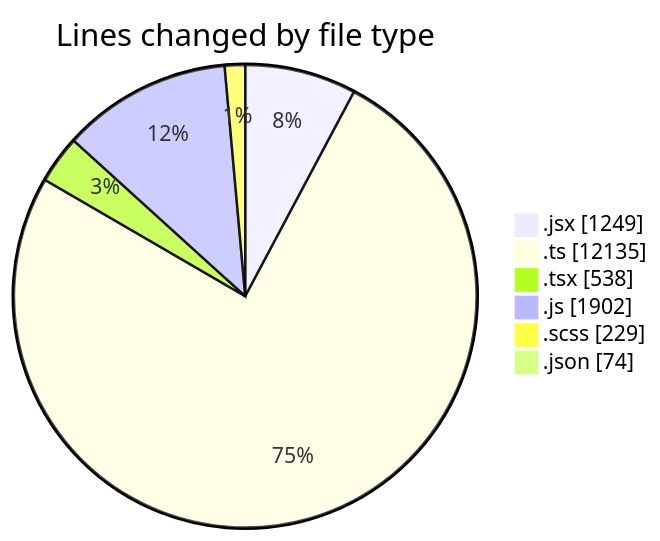
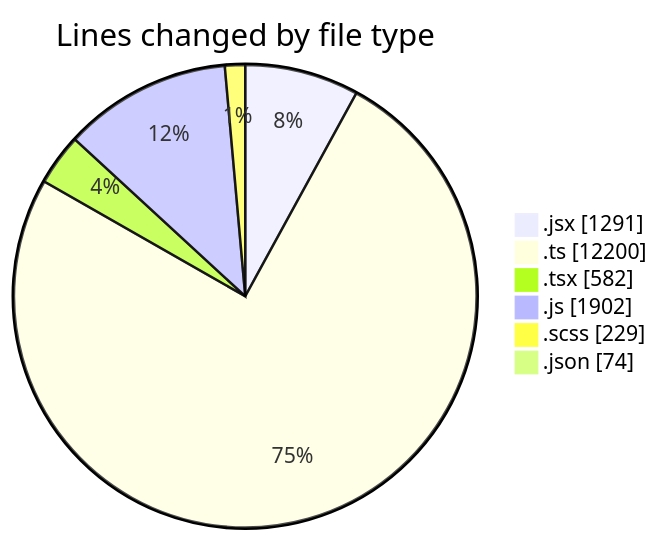
One commit to momahboobian/code-tracking changed the first of 2 diagrams in 2025-06-05/cda/README.md. Above: the diagram before and after it, drawn with Mermaid. The commit also changed other lines of this file and 1 other file, not shown here.

Commit message:
type(cda): updated lines added, lines removed, net change, and active time for "SkillTagModal.jsx", "SubSkillOverview.jsx", "profile-hub.ts", and "PreferenceSkillTags.tsx". also updated "mutations.js" and "SkillTopic.jsx". Modified files: 2025-06-05/activity.json, 2025-06-05/cda/README.md

````diff
--- a/2025-06-05/cda/README.md
+++ b/2025-06-05/cda/README.md
@@ -39,10 +39,10 @@
 ```mermaid
 pie showData
 title Lines changed by file type
-".jsx" : 1249
-".ts" : 12135
-".tsx" : 538
+".jsx" : 1291
+".ts" : 12200
+".tsx" : 582
 ".js" : 1902
 ".scss" : 229
 ".json" : 74
 ```
````
